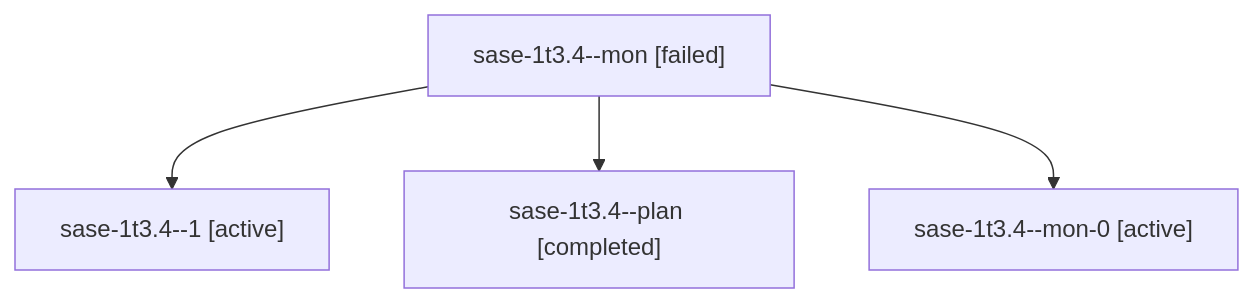
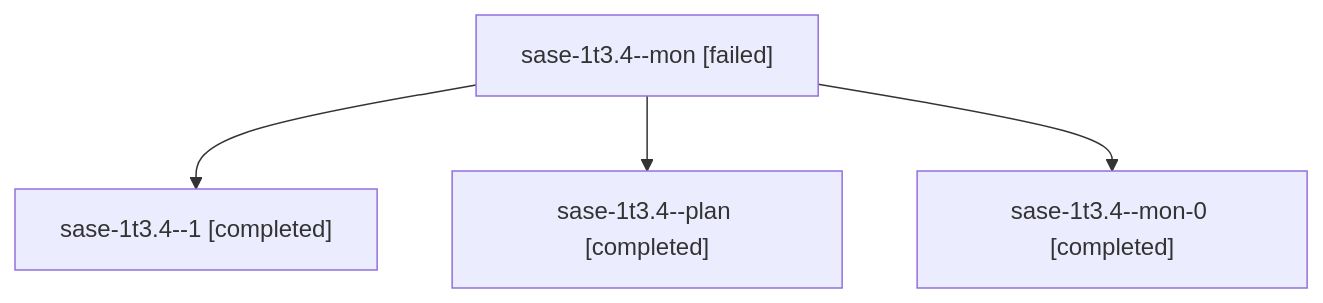
Before and after one commit to sase-org/sase--agents: the diagram in sessions/bbugyi200.athena.sase-1t3.4.md, drawn with Mermaid. The commit also changed other lines of this file and 72 other files, not shown here.

````diff
--- a/sessions/bbugyi200.athena.sase-1t3.4.md
+++ b/sessions/bbugyi200.athena.sase-1t3.4.md
@@ -9,10 +9,10 @@
 ```mermaid
 flowchart TD
   n0["sase-1t3.4--mon [failed]"]
-  n1["sase-1t3.4--1 [active]"]
+  n1["sase-1t3.4--1 [completed]"]
   n0 --> n1
   n2["sase-1t3.4--plan [completed]"]
   n0 --> n2
-  n3["sase-1t3.4--mon-0 [active]"]
+  n3["sase-1t3.4--mon-0 [completed]"]
   n0 --> n3
 ```
````
